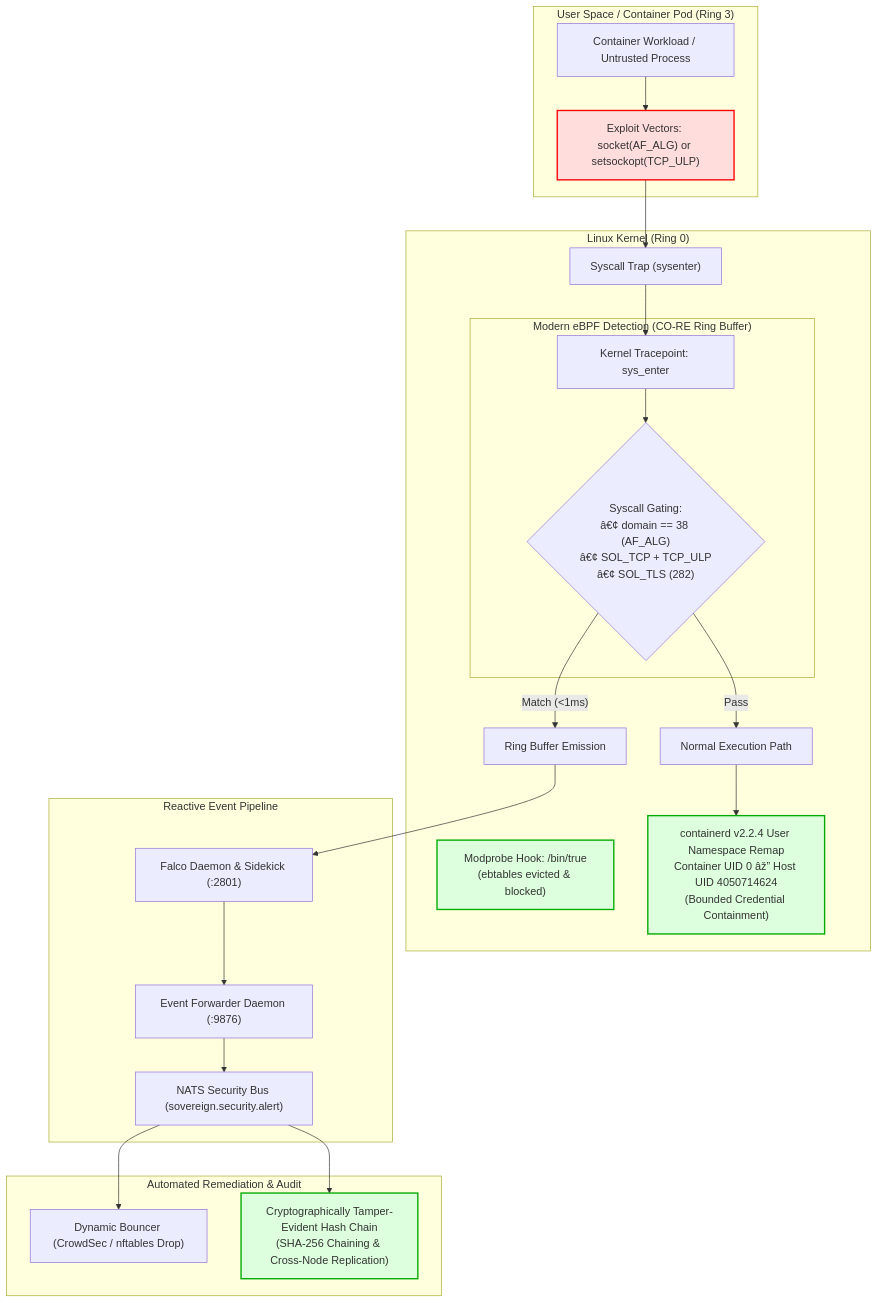
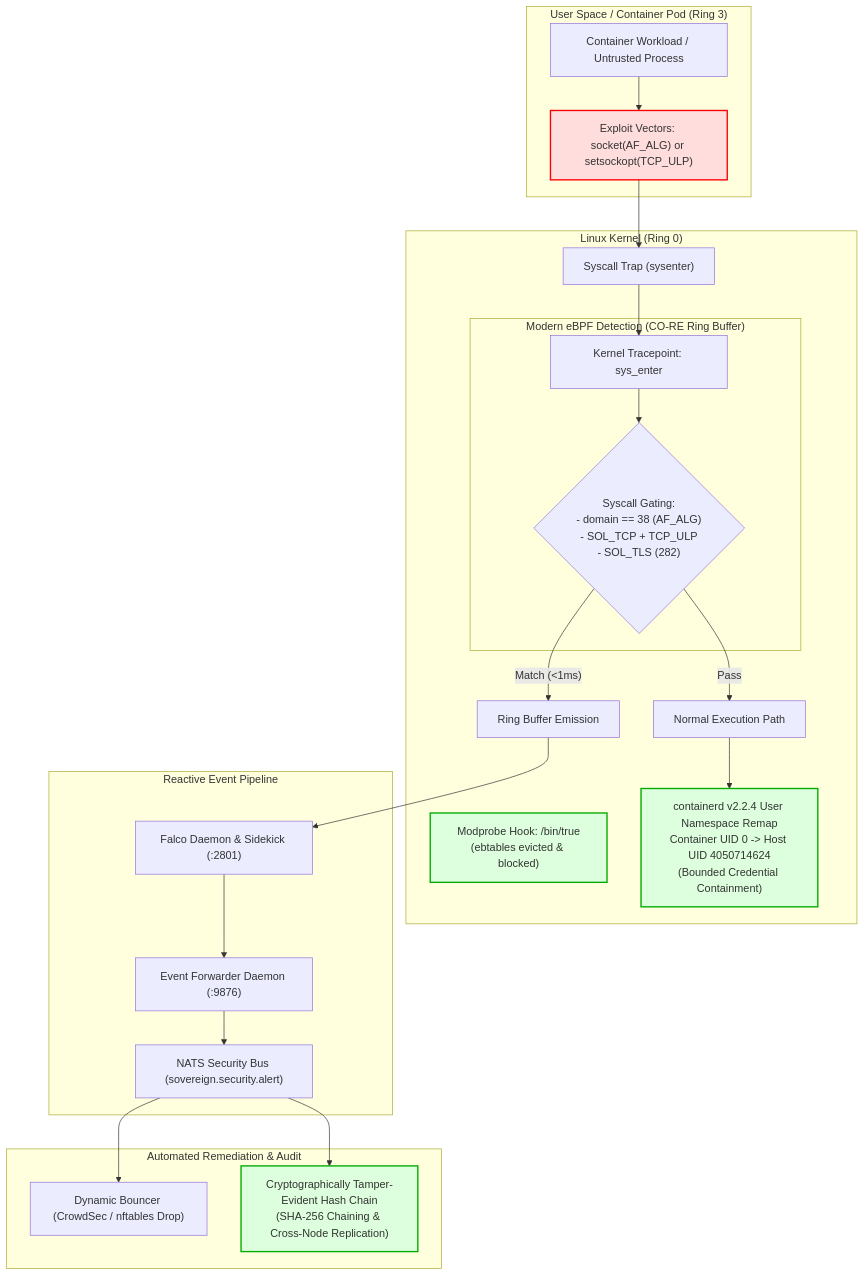
One commit to mc493/linux-kernel-zero-day-mitigation-zero-downtime-kernel-defense- changed the diagram in README.md. Above: the diagram before and after it, drawn with Mermaid. The commit also changed other lines of this file, not shown here.

````diff
--- a/README.md
+++ b/README.md
@@ -28,52 +28,52 @@
 ```mermaid
 flowchart TD
     subgraph Ring3 ["User Space / Container Pod (Ring 3)"]
         Workload["Container Workload / Untrusted Process"]
         Probe["Exploit Vectors: socket(AF_ALG) or setsockopt(TCP_ULP)"]
         Workload --> Probe
     end
 
     subgraph Ring0 ["Linux Kernel (Ring 0)"]
         SyscallTrap["Syscall Trap (sysenter)"]
         Probe --> SyscallTrap
         
         Tracepoint["Kernel Tracepoint: sys_enter"]
         SyscallTrap --> Tracepoint
         
         subgraph eBPFEngine ["Modern eBPF Detection (CO-RE Ring Buffer)"]
-            Filter{"Syscall Gating:\nâ€¢ domain == 38 (AF_ALG)\nâ€¢ SOL_TCP + TCP_ULP\nâ€¢ SOL_TLS (282)"}
+            Filter{"Syscall Gating:\n- domain == 38 (AF_ALG)\n- SOL_TCP + TCP_ULP\n- SOL_TLS (282)"}
             Tracepoint --> Filter
         end
         
         Disarmed["Modprobe Hook: /bin/true\n(ebtables evicted & blocked)"]
-        UserNS["containerd v2.2.4 User Namespace Remap\nContainer UID 0 âž” Host UID 4050714624\n(Bounded Credential Containment)"]
+        UserNS["containerd v2.2.4 User Namespace Remap\nContainer UID 0 -> Host UID 4050714624\n(Bounded Credential Containment)"]
         
         Filter -- "Match (<1ms)" --> AlertRingBuf["Ring Buffer Emission"]
         Filter -- "Pass" --> KernelExec["Normal Execution Path"]
         KernelExec --> UserNS
     end
 
     subgraph SecurityPipeline ["Reactive Event Pipeline"]
         Falcosidekick["Falco Daemon & Sidekick (:2801)"]
         Forwarder["Event Forwarder Daemon (:9876)"]
         NATSBus["NATS Security Bus (sovereign.security.alert)"]
         
         AlertRingBuf --> Falcosidekick
         Falcosidekick --> Forwarder
         Forwarder --> NATSBus
     end
 
     subgraph Enforcement ["Automated Remediation & Audit"]
         Remediator["Dynamic Bouncer (CrowdSec / nftables Drop)"]
         AuditLedger["Cryptographically Tamper-Evident Hash Chain\n(SHA-256 Chaining & Cross-Node Replication)"]
         
         NATSBus --> Remediator
         NATSBus --> AuditLedger
     end
 
     classDef danger fill:#ffdddd,stroke:#ff0000,stroke-width:2px;
     classDef safe fill:#ddffdd,stroke:#00aa00,stroke-width:2px;
     classDef arch fill:#f0f4f8,stroke:#0066cc,stroke-width:1px;
     class Probe danger;
     class Disarmed,UserNS,AuditLedger safe;
 ```
````
